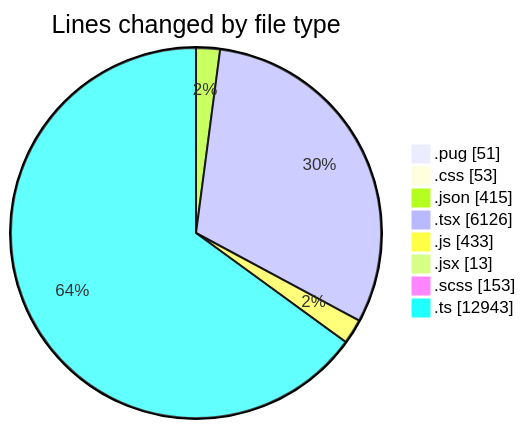
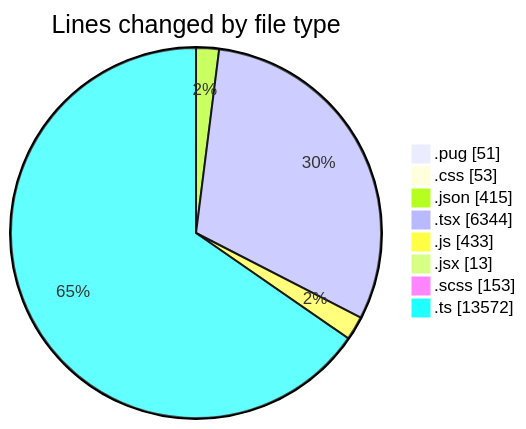
Before and after one commit to momahboobian/code-tracking: the first of 2 diagrams in 2025-11-06/cda/README.md, drawn with Mermaid. The commit also changed other lines of this file and 1 other file, not shown here.

````diff
--- a/2025-11-06/cda/README.md
+++ b/2025-11-06/cda/README.md
@@ -44,12 +46,12 @@
 ```mermaid
 pie showData
 title Lines changed by file type
 ".pug" : 51
 ".css" : 53
 ".json" : 415
-".tsx" : 6126
+".tsx" : 6344
 ".js" : 433
 ".jsx" : 13
 ".scss" : 153
-".ts" : 12943
+".ts" : 13572
 ```
````
